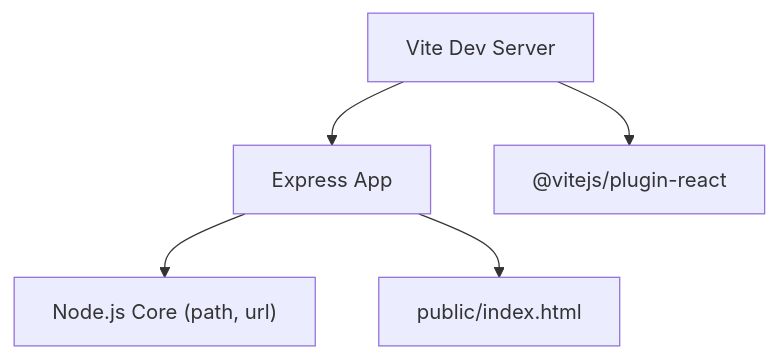
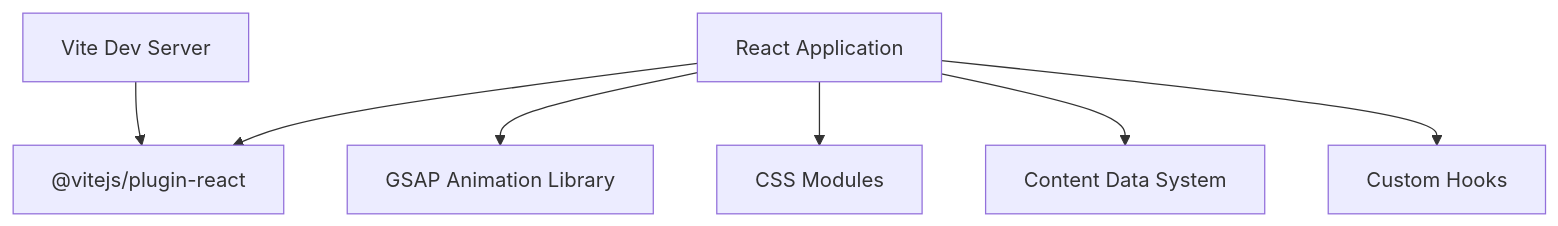
Diagram 11 of 11 in .qoder/repowiki/en/content/Application Architecture.md (rakeshmaity271/frankie-picasso), drawn with Mermaid before and after one commit. The commit also changed other lines of this file and 28 other files, not shown here.

````diff
--- a/.qoder/repowiki/en/content/Application Architecture.md
+++ b/.qoder/repowiki/en/content/Application Architecture.md
@@ -253,12 +397,16 @@
 ```mermaid
 graph TB
-Express["Express App"]
+ReactApp["React Application"]
 Vite["Vite Dev Server"]
 ReactPlugin["@vitejs/plugin-react"]
-PublicAssets["public/index.html"]
-NodeCore["Node.js Core (path, url)"]
-Express --> NodeCore
+GSAP["GSAP Animation Library"]
+CSSModules["CSS Modules"]
+ContentData["Content Data System"]
+Hooks["Custom Hooks"]
+ReactApp --> ReactPlugin
+ReactApp --> GSAP
+ReactApp --> CSSModules
+ReactApp --> ContentData
+ReactApp --> Hooks
 Vite --> ReactPlugin
-Express --> PublicAssets
-Vite --> Express
 ```
````
